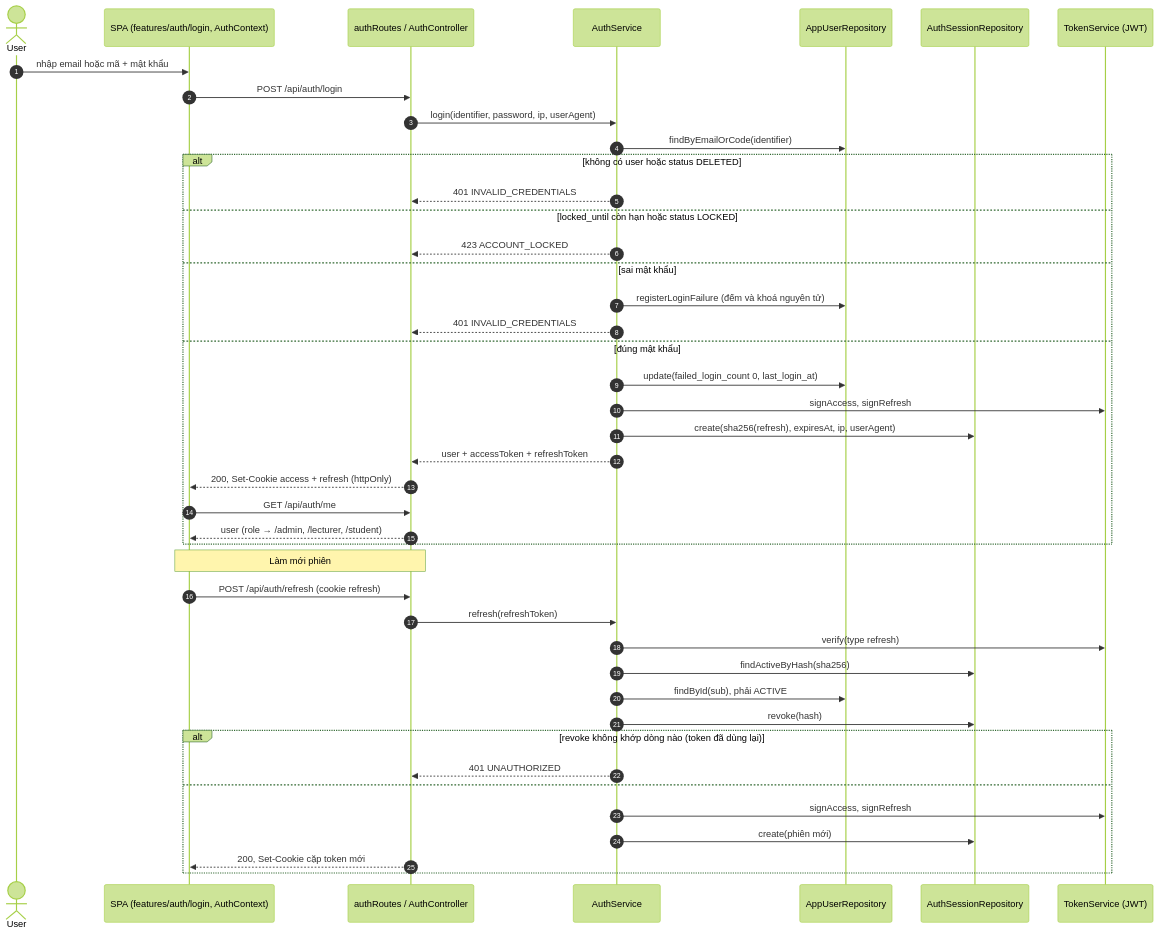
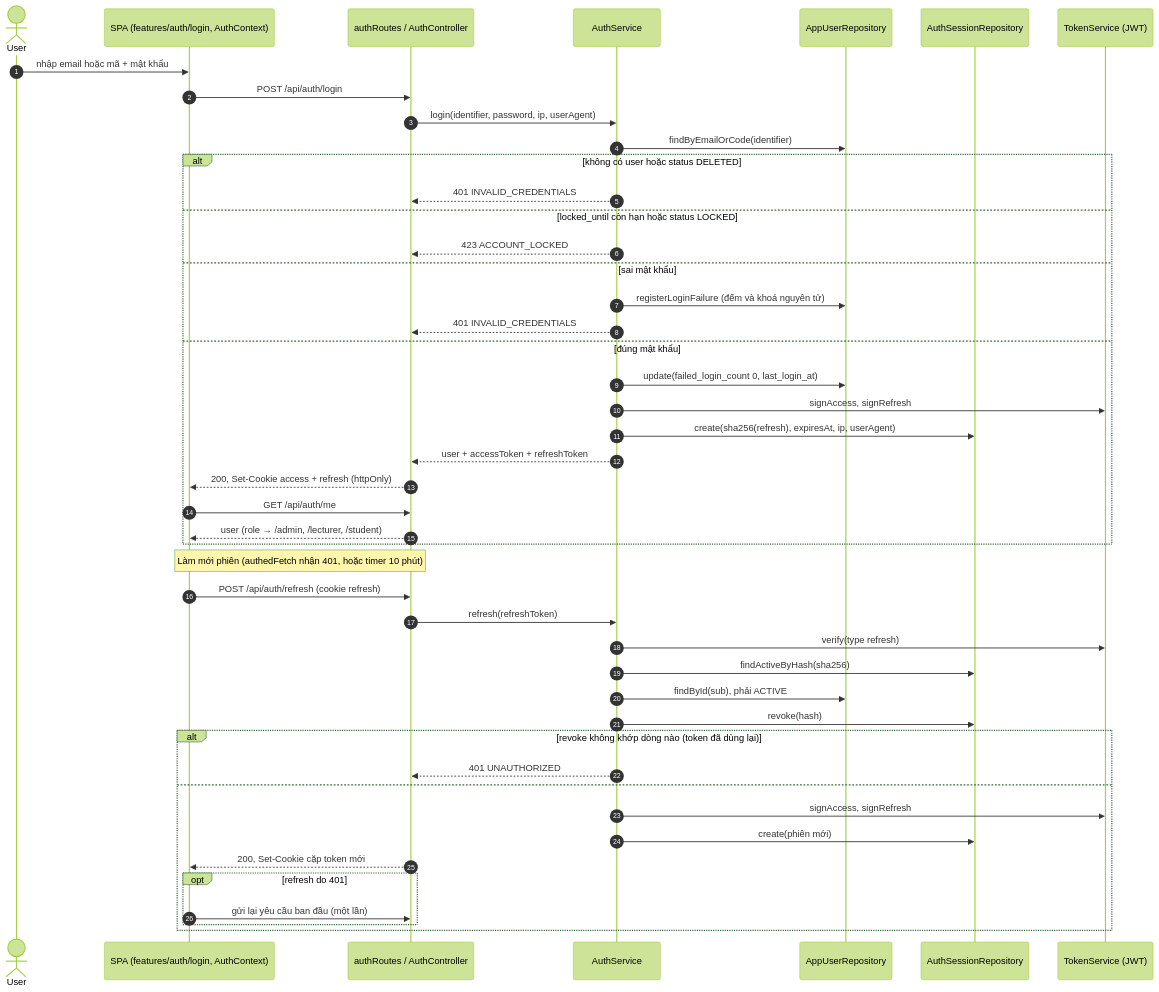
Before and after one commit to tmqthedev/swd392_team7_product: the fourth of 11 diagrams in docs/uml/sequence-diagrams.md, drawn with Mermaid (forest theme). The commit also changed other lines of this file and 8 other files, not shown here.

````diff
--- a/docs/uml/sequence-diagrams.md
+++ b/docs/uml/sequence-diagrams.md
@@ -189,45 +204,48 @@
 ```mermaid
 sequenceDiagram
   autonumber
   actor U as User
   participant UI as SPA (features/auth/login, AuthContext)
   participant API as authRoutes / AuthController
   participant AS as AuthService
   participant UR as AppUserRepository
   participant SR as AuthSessionRepository
   participant TS as TokenService (JWT)
   U->>UI: nhập email hoặc mã + mật khẩu
   UI->>API: POST /api/auth/login
   API->>AS: login(identifier, password, ip, userAgent)
   AS->>UR: findByEmailOrCode(identifier)
   alt không có user hoặc status DELETED
     AS-->>API: 401 INVALID_CREDENTIALS
   else locked_until còn hạn hoặc status LOCKED
     AS-->>API: 423 ACCOUNT_LOCKED
   else sai mật khẩu
     AS->>UR: registerLoginFailure (đếm và khoá nguyên tử)
     AS-->>API: 401 INVALID_CREDENTIALS
   else đúng mật khẩu
     AS->>UR: update(failed_login_count 0, last_login_at)
     AS->>TS: signAccess, signRefresh
     AS->>SR: create(sha256(refresh), expiresAt, ip, userAgent)
     AS-->>API: user + accessToken + refreshToken
     API-->>UI: 200, Set-Cookie access + refresh (httpOnly)
     UI->>API: GET /api/auth/me
     API-->>UI: user (role → /admin, /lecturer, /student)
   end
-  Note over UI,API: Làm mới phiên
+  Note over UI,API: Làm mới phiên (authedFetch nhận 401, hoặc timer 10 phút)
   UI->>API: POST /api/auth/refresh (cookie refresh)
   API->>AS: refresh(refreshToken)
   AS->>TS: verify(type refresh)
   AS->>SR: findActiveByHash(sha256)
   AS->>UR: findById(sub), phải ACTIVE
   AS->>SR: revoke(hash)
   alt revoke không khớp dòng nào (token đã dùng lại)
     AS-->>API: 401 UNAUTHORIZED
   else
     AS->>TS: signAccess, signRefresh
     AS->>SR: create(phiên mới)
     API-->>UI: 200, Set-Cookie cặp token mới
+    opt refresh do 401
+      UI->>API: gửi lại yêu cầu ban đầu (một lần)
+    end
   end
 ```
````
